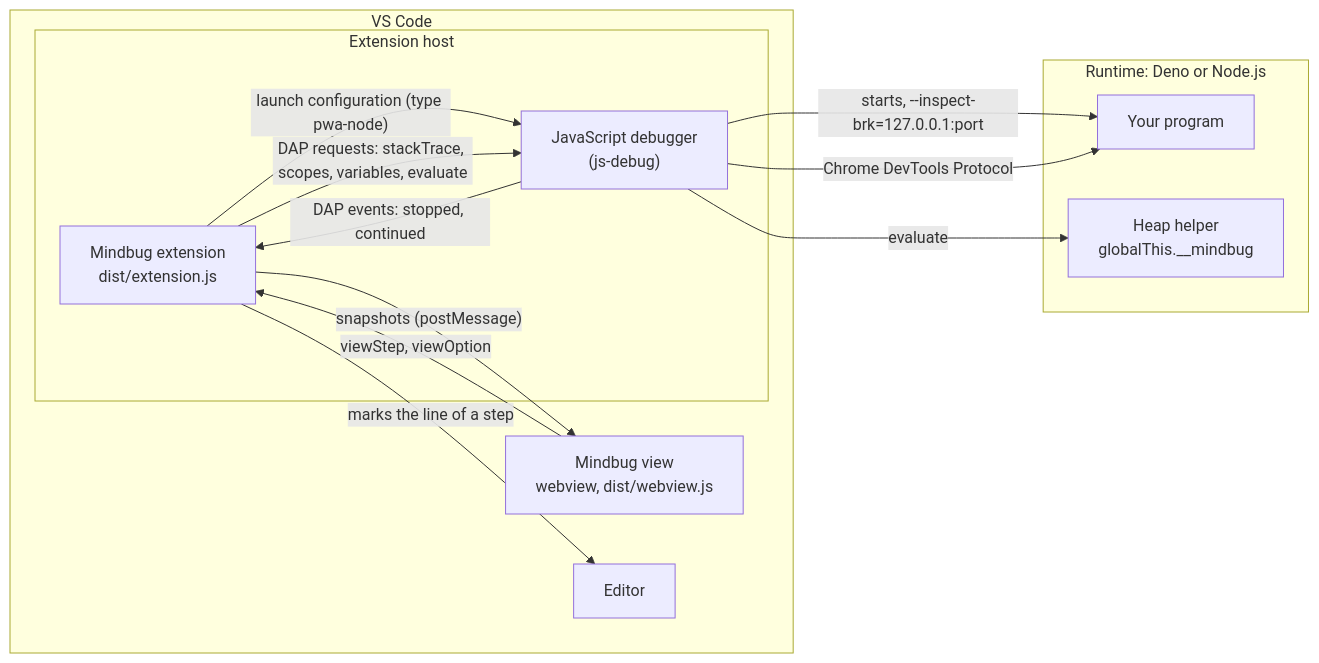
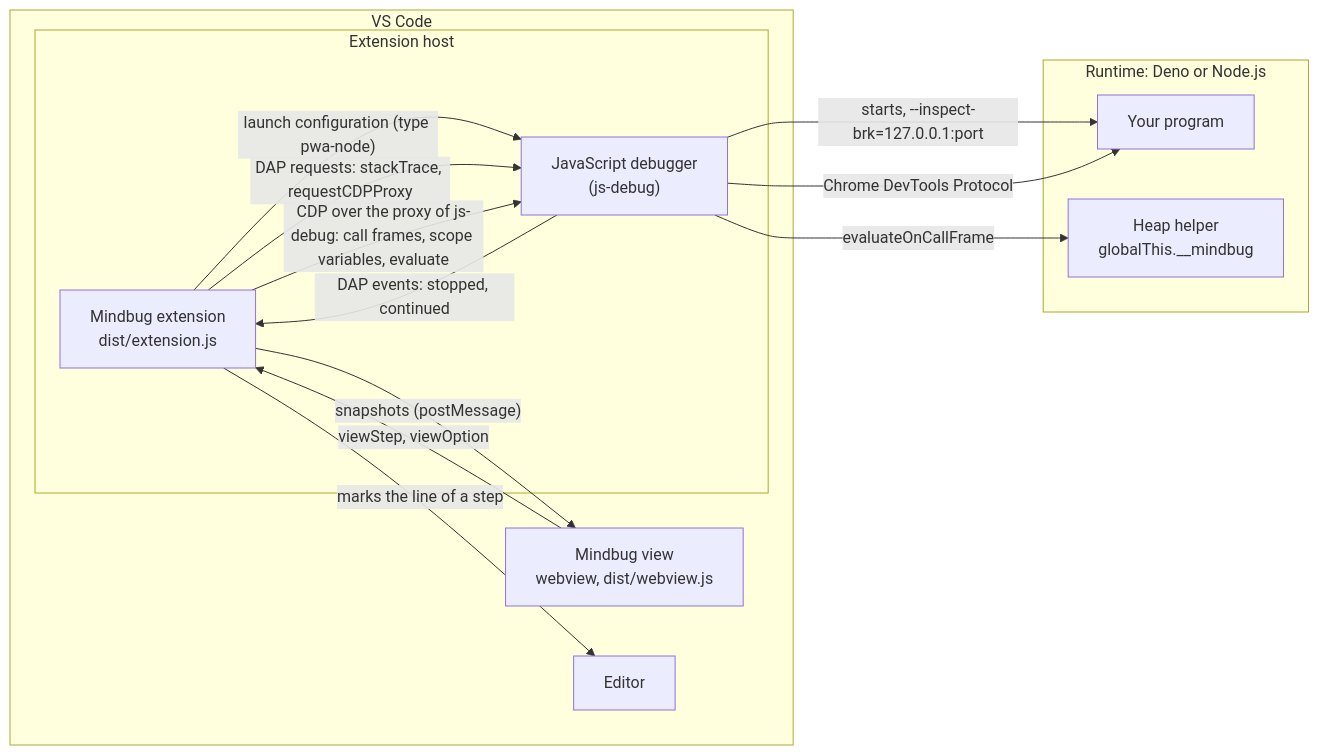
One commit to nimblescape/nimblescape-mindbug changed the diagram in docs/architecture.md. Above: the diagram before and after it, drawn with Mermaid. The commit also changed other lines of this file and 25 other files, not shown here.

````diff
--- a/docs/architecture.md
+++ b/docs/architecture.md
@@ -9,24 +9,25 @@
 ```mermaid
 flowchart LR
   subgraph VSC["VS Code"]
     subgraph HOST["Extension host"]
       EXT["Mindbug extension<br/>dist/extension.js"]
       JSD["JavaScript debugger<br/>(js-debug)"]
     end
     VIEW["Mindbug view<br/>webview, dist/webview.js"]
     ED["Editor"]
   end
   subgraph RT["Runtime: Deno or Node.js"]
     PRG["Your program"]
     HW["Heap helper<br/>globalThis.__mindbug"]
   end
   EXT -- "launch configuration (type pwa-node)" --> JSD
   JSD -- "starts, --inspect-brk=127.0.0.1:port" --> PRG
   JSD -- "Chrome DevTools Protocol" --> PRG
   JSD -- "DAP events: stopped, continued" --> EXT
-  EXT -- "DAP requests: stackTrace, scopes, variables, evaluate" --> JSD
-  JSD -- "evaluate" --> HW
+  EXT -- "DAP requests: stackTrace, requestCDPProxy" --> JSD
+  EXT -- "CDP over the proxy of js-debug: call frames, scope variables, evaluate" --> JSD
+  JSD -- "evaluateOnCallFrame" --> HW
   EXT -- "snapshots (postMessage)" --> VIEW
   VIEW -- "viewStep, viewOption" --> EXT
   EXT -- "marks the line of a step" --> ED
 ```
````
